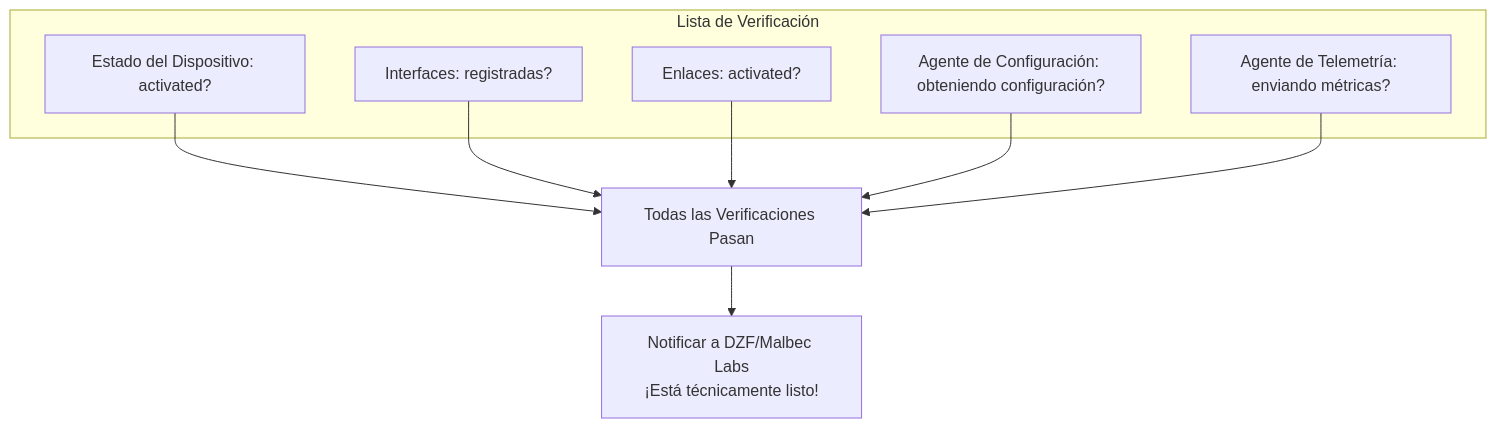
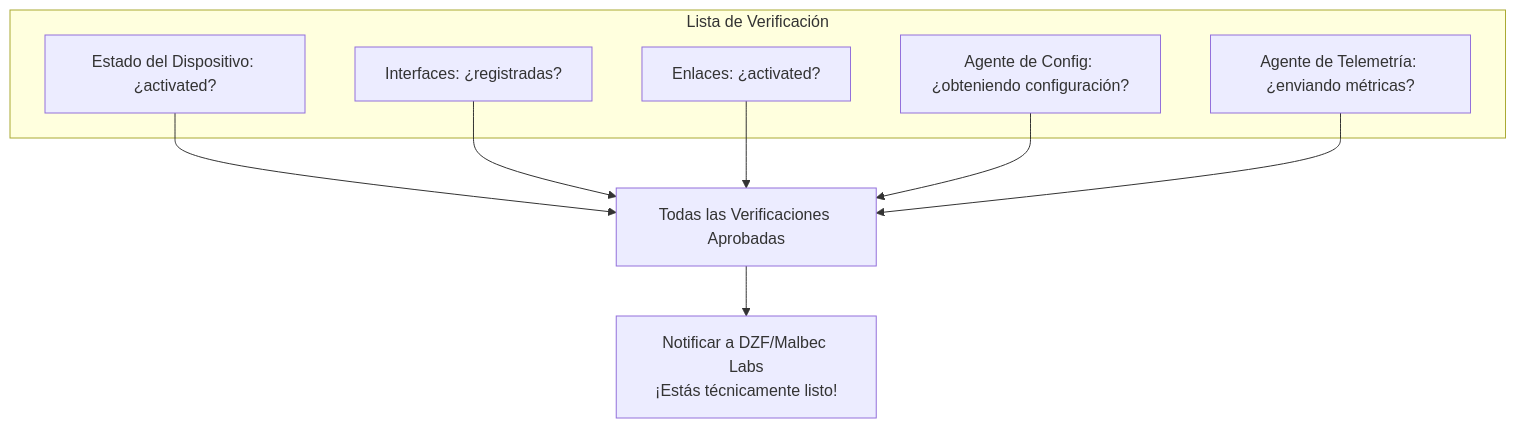
Before and after one commit to malbeclabs/docs: diagram 13 of 13 in docs/contribute-provisioning.es.md, drawn with Mermaid. The commit also changed other lines of this file and 160 other files, not shown here.

````diff
--- a/docs/contribute-provisioning.es.md
+++ b/docs/contribute-provisioning.es.md
@@ -960,18 +1032,18 @@
 ```mermaid
 flowchart TB
     subgraph "Lista de Verificación"
-        D[Estado del Dispositivo: activated?]
-        I[Interfaces: registradas?]
-        L[Enlaces: activated?]
-        CA[Agente de Configuración: obteniendo configuración?]
-        TA[Agente de Telemetría: enviando métricas?]
+        D[Estado del Dispositivo: ¿activated?]
+        I[Interfaces: ¿registradas?]
+        L[Enlaces: ¿activated?]
+        CA[Agente de Config: ¿obteniendo configuración?]
+        TA[Agente de Telemetría: ¿enviando métricas?]
     end
 
     D --> PASS
     I --> PASS
     L --> PASS
     CA --> PASS
     TA --> PASS
 
-    PASS[Todas las Verificaciones Pasan] --> NOTIFY[Notificar a DZF/Malbec Labs<br/>¡Está técnicamente listo!]
+    PASS[Todas las Verificaciones Aprobadas] --> NOTIFY[Notificar a DZF/Malbec Labs<br/>¡Estás técnicamente listo!]
 ```
````
